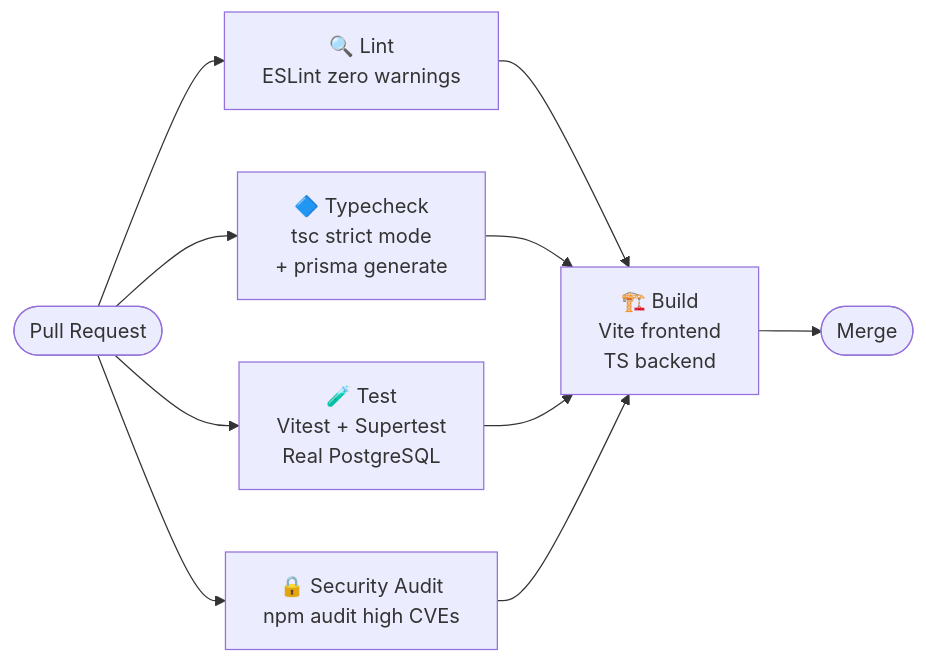
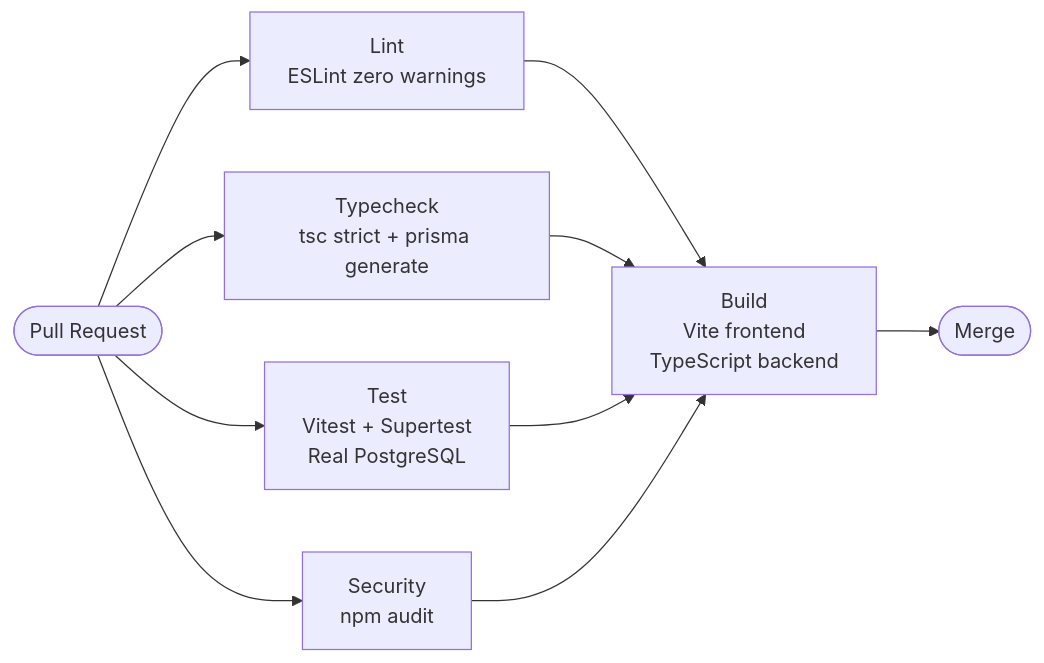
One commit to 24Skater/StewardChMS changed the sixth of 7 diagrams in README.md. Above: the diagram before and after it, drawn with Mermaid. The commit also changed other lines of this file and 22 other files, not shown here.

````diff
--- a/README.md
+++ b/README.md
@@ -672,13 +633,13 @@
 ```mermaid
 flowchart LR
     PR([Pull Request]) --> L & T & TC & SA
 
-    L[🔍 Lint<br/>ESLint zero warnings]
-    T[🧪 Test<br/>Vitest + Supertest<br/>Real PostgreSQL]
-    TC[🔷 Typecheck<br/>tsc strict mode<br/>+ prisma generate]
-    SA[🔒 Security Audit<br/>npm audit high CVEs]
+    L[Lint<br/>ESLint zero warnings]
+    T[Test<br/>Vitest + Supertest<br/>Real PostgreSQL]
+    TC[Typecheck<br/>tsc strict + prisma generate]
+    SA[Security<br/>npm audit]
 
-    L & TC --> B[🏗️ Build<br/>Vite frontend<br/>TS backend]
+    L & TC --> B[Build<br/>Vite frontend<br/>TypeScript backend]
     T & SA --> B
     B --> Merge([Merge])
 ```
````
